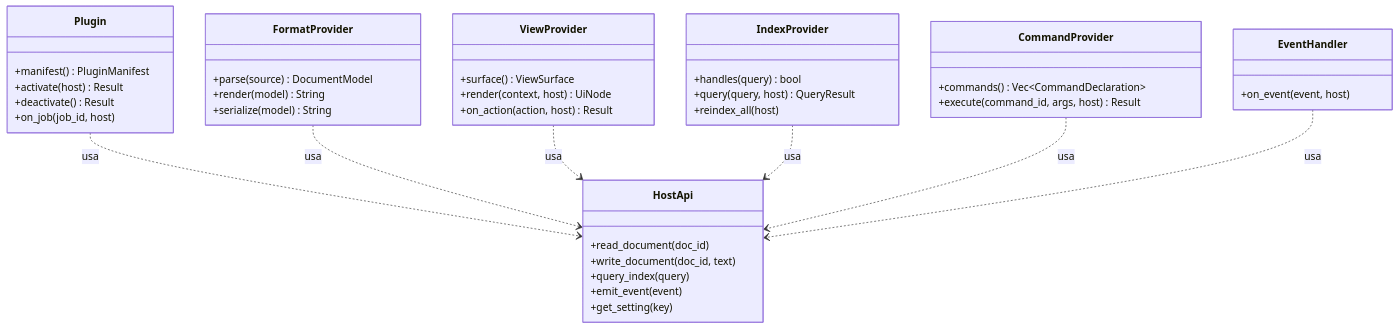
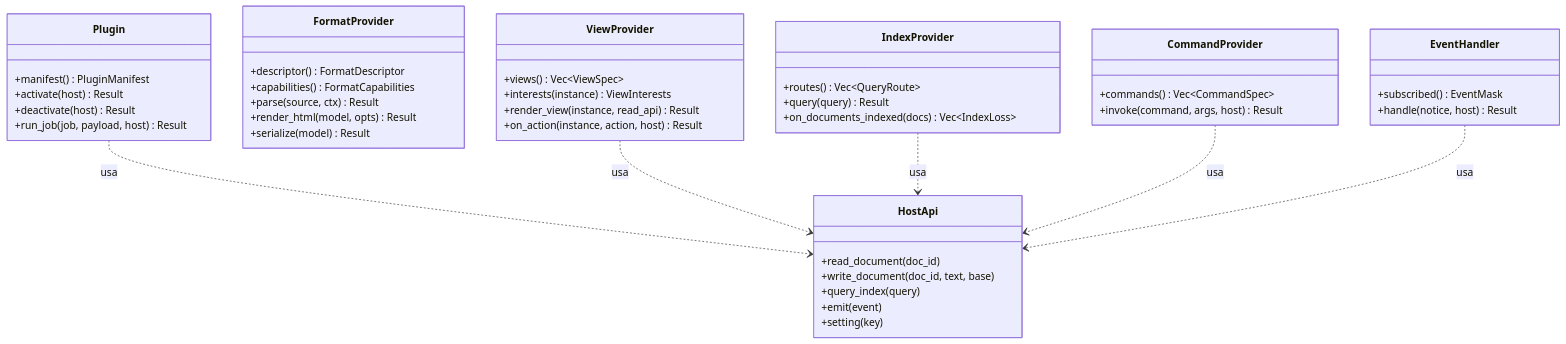
Before and after one commit to Fubeo/Fub: the diagram in docs/03-uml/01-trait-fub-abi.md, drawn with Mermaid. The commit also changed other lines of this file and 37 other files, not shown here.

````diff
--- a/docs/03-uml/01-trait-fub-abi.md
+++ b/docs/03-uml/01-trait-fub-abi.md
@@ -9,51 +9,54 @@
 ```mermaid
 classDiagram
     class Plugin {
         +manifest() PluginManifest
         +activate(host) Result
-        +deactivate() Result
-        +on_job(job_id, host)
+        +deactivate(host) Result
+        +run_job(job, payload, host) Result
     }
 
     class FormatProvider {
-        +parse(source) DocumentModel
-        +render(model) String
-        +serialize(model) String
+        +descriptor() FormatDescriptor
+        +capabilities() FormatCapabilities
+        +parse(source, ctx) Result
+        +render_html(model, opts) Result
+        +serialize(model) Result
     }
 
     class ViewProvider {
-        +surface() ViewSurface
-        +render(context, host) UiNode
-        +on_action(action, host) Result
+        +views() Vec~ViewSpec~
+        +interests(instance) ViewInterests
+        +render_view(instance, read_api) Result
+        +on_action(instance, action, host) Result
     }
 
     class IndexProvider {
-        +handles(query) bool
-        +query(query, host) QueryResult
-        +reindex_all(host)
+        +routes() Vec~QueryRoute~
+        +query(query) Result
+        +on_documents_indexed(docs) Vec~IndexLoss~
     }
 
     class CommandProvider {
-        +commands() Vec~CommandDeclaration~
-        +execute(command_id, args, host) Result
+        +commands() Vec~CommandSpec~
+        +invoke(command, args, host) Result
     }
 
     class EventHandler {
-        +on_event(event, host)
+        +subscribed() EventMask
+        +handle(notice, host) Result
     }
 
     class HostApi {
         +read_document(doc_id)
-        +write_document(doc_id, text)
+        +write_document(doc_id, text, base)
         +query_index(query)
-        +emit_event(event)
-        +get_setting(key)
+        +emit(event)
+        +setting(key)
     }
 
     Plugin ..> HostApi : usa
-    FormatProvider ..> HostApi : usa
     ViewProvider ..> HostApi : usa
     IndexProvider ..> HostApi : usa
     CommandProvider ..> HostApi : usa
     EventHandler ..> HostApi : usa
 ```
````
